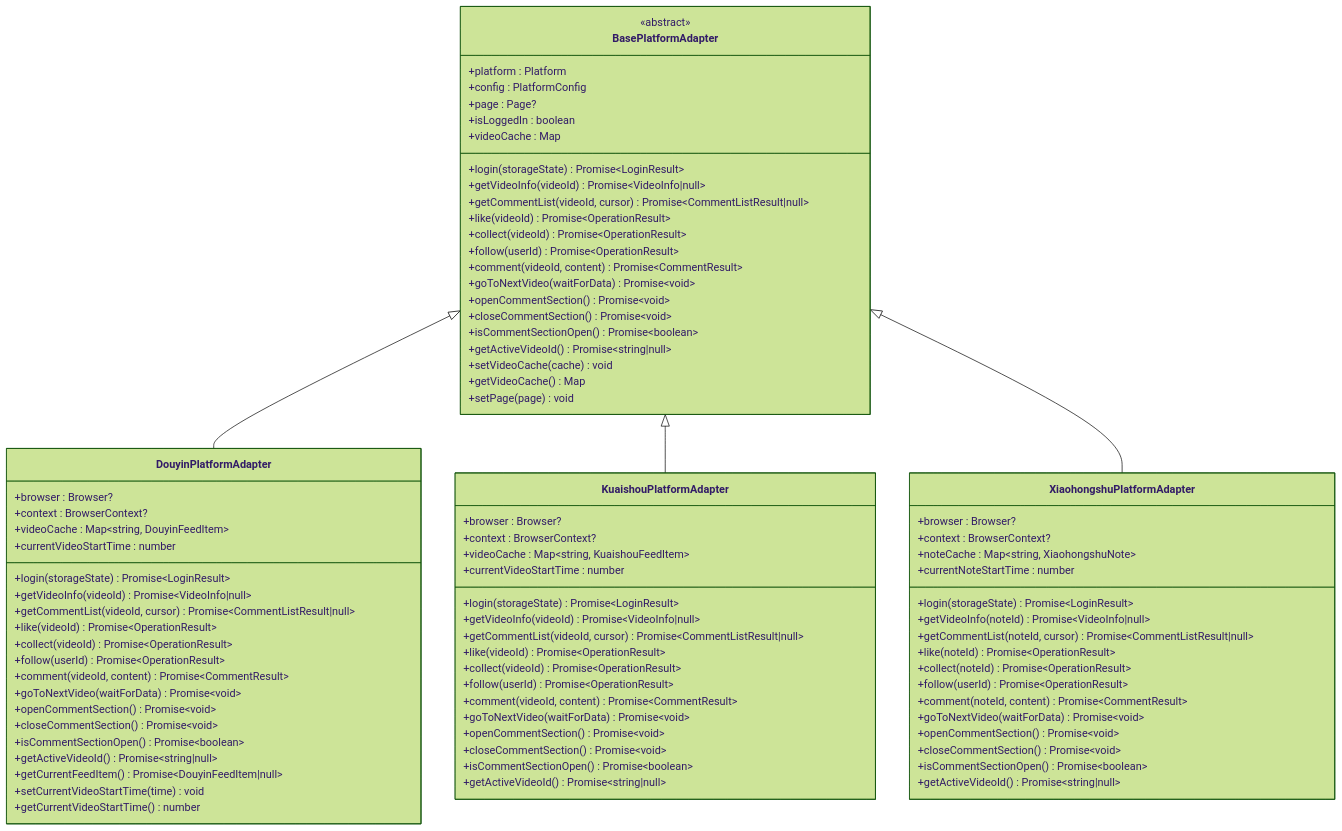
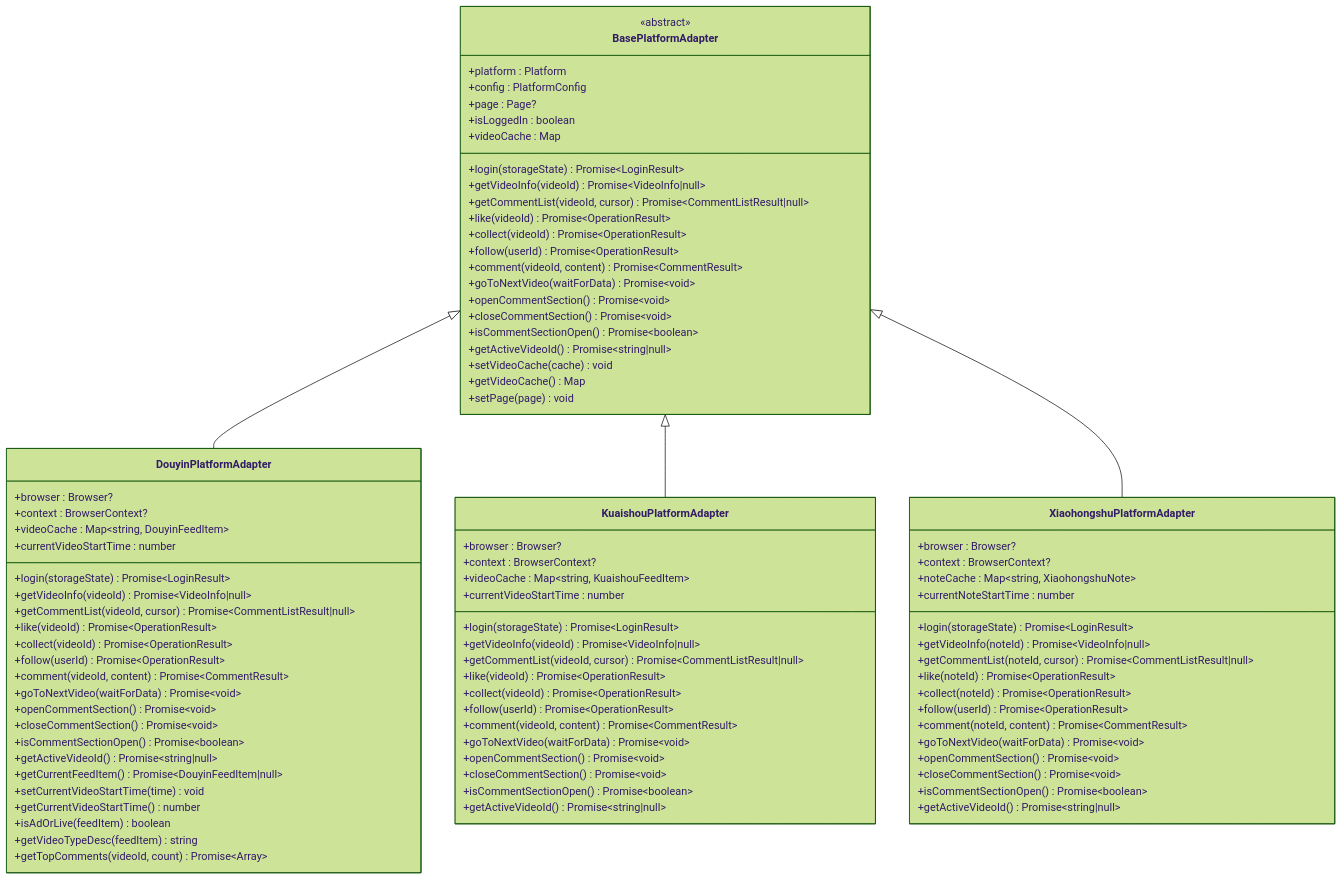
One commit to hipig/autoOps changed the second of 11 diagrams in .qoder/repowiki/zh/content/核心模块/平台适配器系统/平台适配器实现.md. Above: the diagram before and after it, drawn with Mermaid (forest theme). The commit also changed other lines of this file and 37 other files, not shown here.

```diff
--- a/.qoder/repowiki/zh/content/核心模块/平台适配器系统/平台适配器实现.md
+++ b/.qoder/repowiki/zh/content/核心模块/平台适配器系统/平台适配器实现.md
@@ -131,6 +151,9 @@
 +getCurrentFeedItem() Promise~DouyinFeedItem|null~
 +setCurrentVideoStartTime(time) void
 +getCurrentVideoStartTime() number
++isAdOrLive(feedItem) boolean
++getVideoTypeDesc(feedItem) string
++getTopComments(videoId, count) Promise~Array~
 }
 class KuaishouPlatformAdapter {
 +browser : Browser?
```
